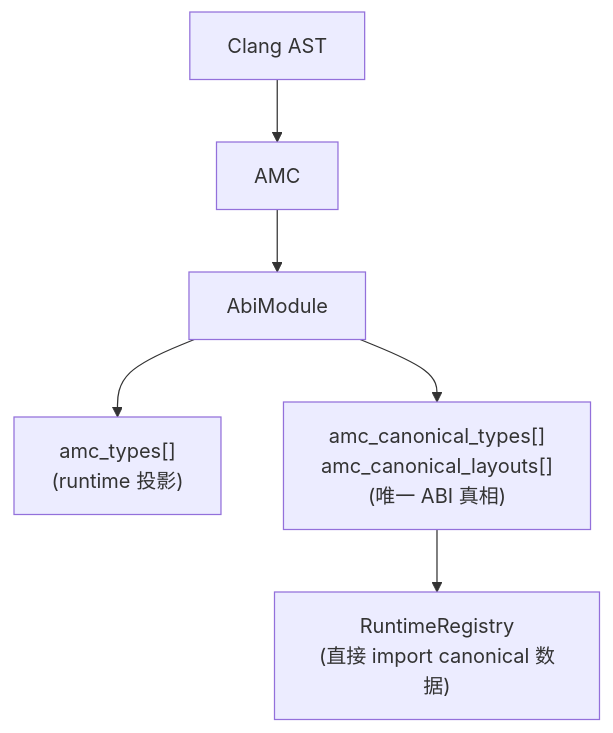
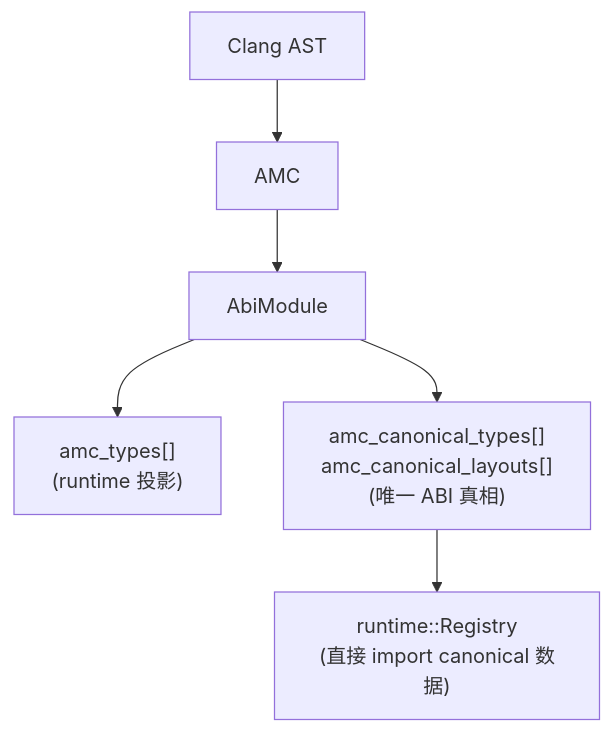
The sixth of 9 diagrams in docs/development/design-notes_zh.md (Sukanle/ABIX), drawn with Mermaid before and after one commit. The commit also changed other lines of this file and 262 other files, not shown here.

````diff
--- a/docs/development/design-notes_zh.md
+++ b/docs/development/design-notes_zh.md
@@ -194,7 +194,7 @@
 ```mermaid
 flowchart TD
     ast["Clang AST"] --> amc["AMC"] --> module["AbiModule"]
     module --> types["amc_types[]<br/>(runtime 投影)"]
     module --> canon["amc_canonical_types[]<br/>amc_canonical_layouts[]<br/>(唯一 ABI 真相)"]
-    canon --> registry["RuntimeRegistry<br/>(直接 import canonical 数据)"]
+    canon --> registry["runtime::Registry<br/>(直接 import canonical 数据)"]
 ```
````
